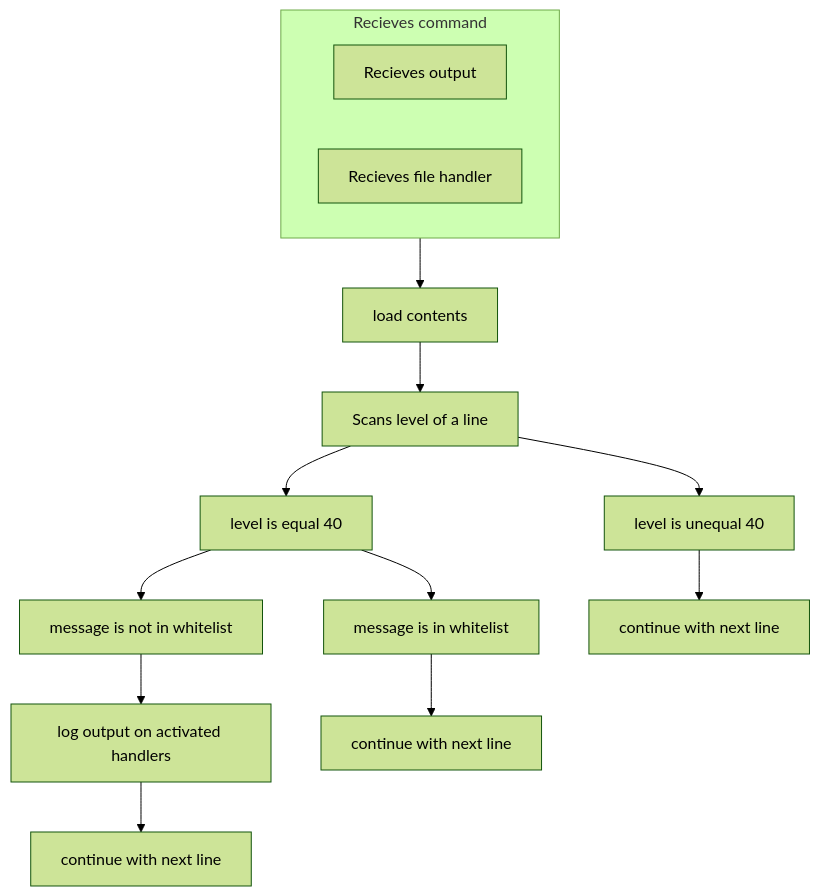
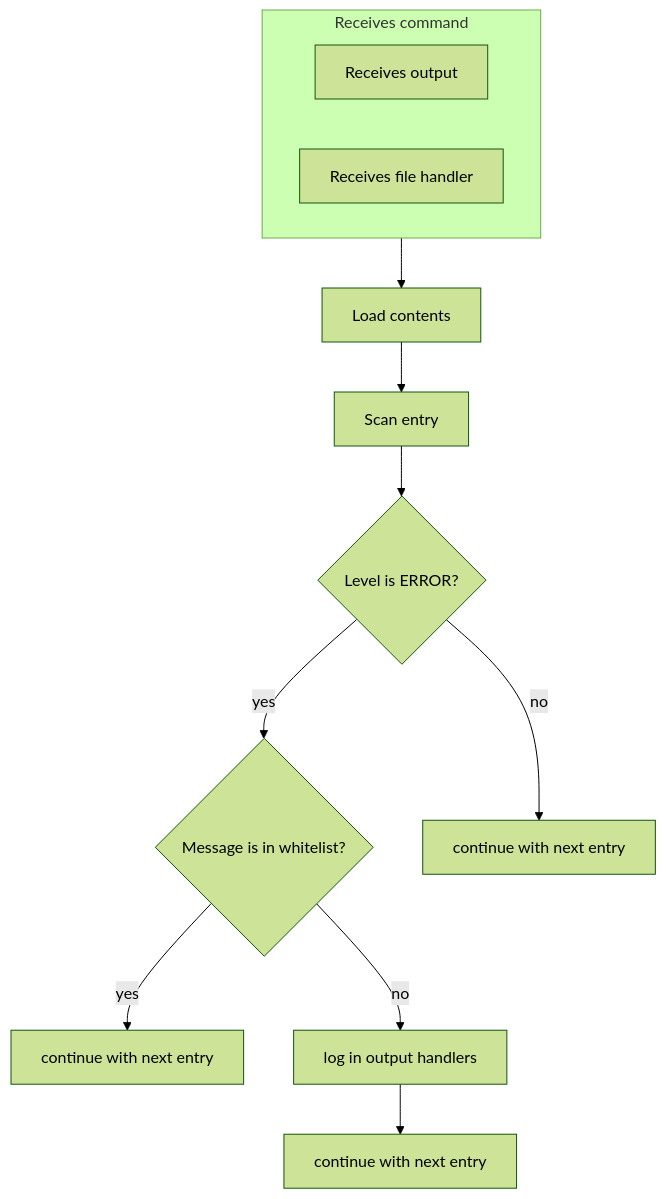
The second of 2 diagrams in tools/log_analyzer/README.md (SuperMeister808/starter-snake-python), drawn with Mermaid (forest theme) before and after one commit. The commit also changed other lines of this file, not shown here.

Commit message:
~/tools/log_analyzer/REAME.md/How it works: redesigned branch structure of analyse_errors flowchart

````diff
--- a/tools/log_analyzer/README.md
+++ b/tools/log_analyzer/README.md
@@ -51,18 +51,16 @@
 ```mermaid
 flowchart TD
 
-subgraph A[Recieves command]
-    B[Recieves output]
-    C[Recieves file handler]
+subgraph A[Receives command]
+    B[Receives output]
+    C[Receives file handler]
 end
-A --> D[load contents]
-D --> E[Scans level of a line]
-E --> F[level is equal 40]
-E --> F1[level is unequal 40]
-F --> G[message is not in whitelist]
-F --> G1[message is in whitelist]
-G --> H[log output on activated handlers]
-H --> I[continue with next line]
-G1 --> I1[continue with next line]
-F1 --> I2[continue with next line]
+A --> D[Load contents]
+D --> E[Scan entry]
+E --> F{Level is ERROR?}
+F -- yes --> G{Message is in whitelist?}
+F -- no --> G1[continue with next entry]
+G -- yes --> H[continue with next entry]
+G -- no --> H1[log in output handlers]
+H1 --> I[continue with next entry]
 ```
````
